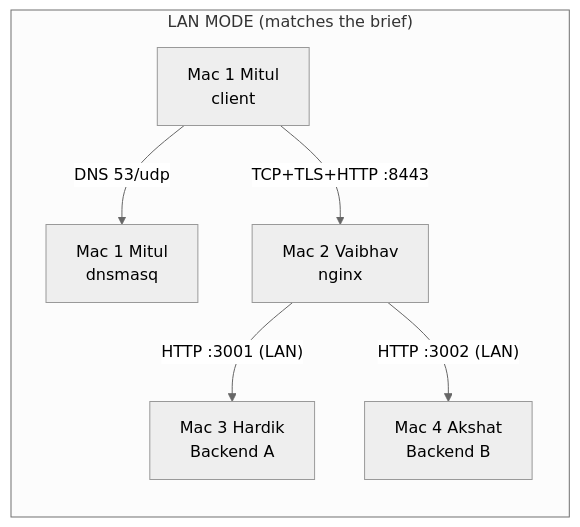
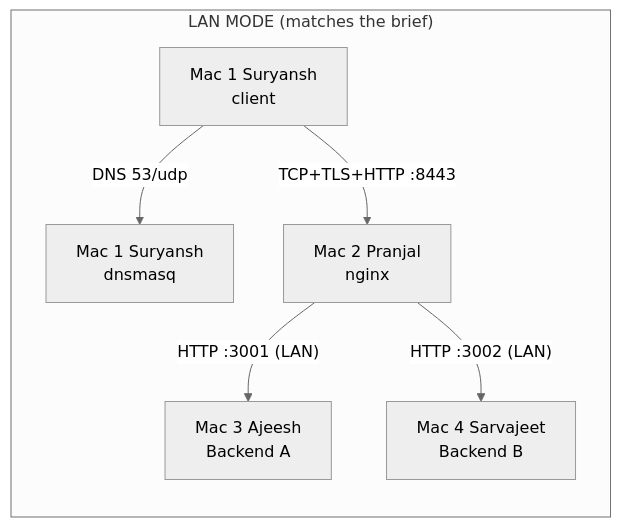
The first of 2 diagrams in README.md (TechySuryansh/cn_project), drawn with Mermaid (neutral theme) before and after one commit. The commit also changed other lines of this file and 64 other files, not shown here.

Commit message:
Configure project for Suryansh, Pranjal, Ajeesh, and Sarvajeet; purge legacy roles

````diff
--- a/README.md
+++ b/README.md
@@ -22,9 +22,9 @@
 ```mermaid
 flowchart LR
   subgraph LAN["LAN MODE (matches the brief)"]
-    C1["Mac 1 Mitul<br/>client"] -->|"DNS 53/udp"| D1["Mac 1 Mitul<br/>dnsmasq"]
-    C1 -->|"TCP+TLS+HTTP :8443"| E1["Mac 2 Vaibhav<br/>nginx"]
-    E1 -->|"HTTP :3001 (LAN)"| BA1["Mac 3 Hardik<br/>Backend A"]
-    E1 -->|"HTTP :3002 (LAN)"| BB1["Mac 4 Akshat<br/>Backend B"]
+    C1["Mac 1 Suryansh<br/>client"] -->|"DNS 53/udp"| D1["Mac 1 Suryansh<br/>dnsmasq"]
+    C1 -->|"TCP+TLS+HTTP :8443"| E1["Mac 2 Pranjal<br/>nginx"]
+    E1 -->|"HTTP :3001 (LAN)"| BA1["Mac 3 Ajeesh<br/>Backend A"]
+    E1 -->|"HTTP :3002 (LAN)"| BB1["Mac 4 Sarvajeet<br/>Backend B"]
   end
 ```
````
